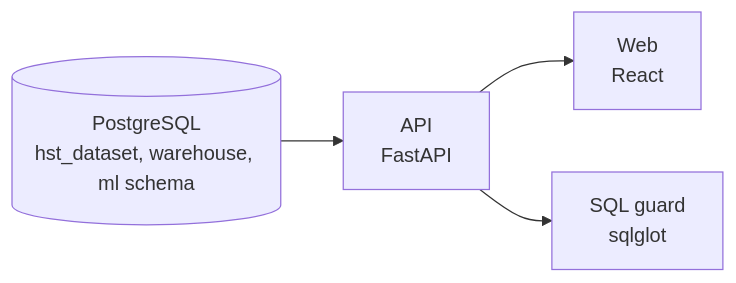
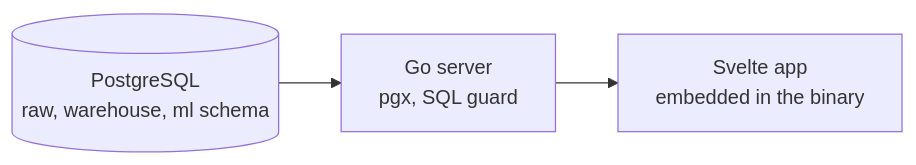
Before and after one commit to samsmon/hst-bi-poc: the diagram in README.md, drawn with Mermaid. The commit also changed other lines of this file and 20 other files, not shown here.

First line of the commit message:
feat(server): replace python api with go server

````diff
--- a/README.md
+++ b/README.md
@@ -9,6 +9,5 @@
 ```mermaid
 flowchart LR
-    DB[(PostgreSQL<br/>hst_dataset, warehouse, ml schema)] --> API[API<br/>FastAPI]
-    API --> WEB[Web<br/>React]
-    API --> GUARD[SQL guard<br/>sqlglot]
+    DB[(PostgreSQL<br/>raw, warehouse, ml schema)] --> S[Go server<br/>pgx, SQL guard]
+    S --> W[Svelte app<br/>embedded in the binary]
 ```
````
